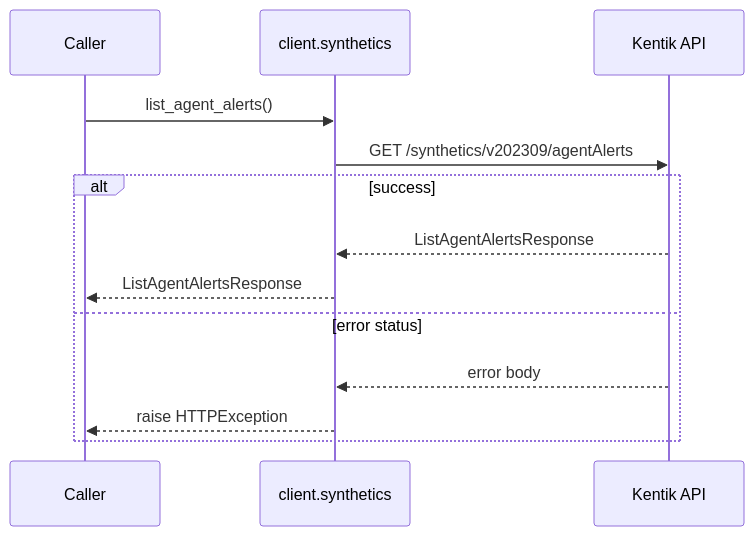
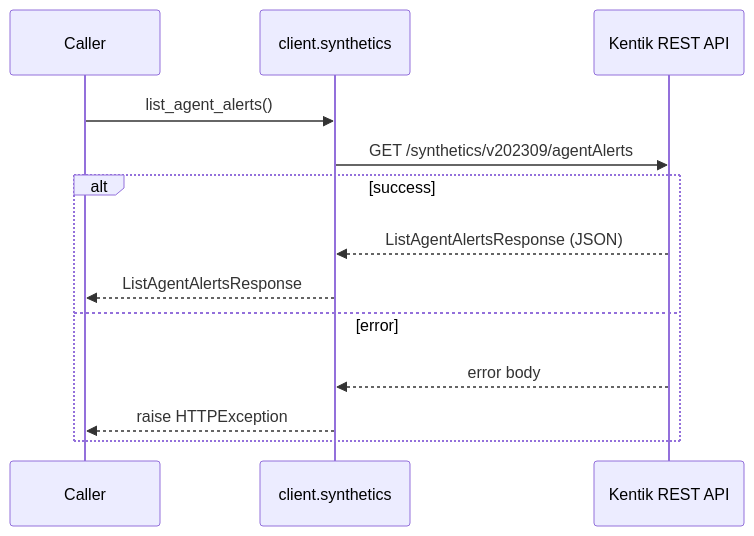
One commit to alexdearaujo/community_sdk_python changed the second of 38 diagrams in docs/sphinx/services/synthetics.md. Above: the diagram before and after it, drawn with Mermaid. The commit also changed other lines of this file and 61 other files, not shown here.

````diff
--- a/docs/sphinx/services/synthetics.md
+++ b/docs/sphinx/services/synthetics.md
@@ -35,16 +37,16 @@
 ```mermaid
 sequenceDiagram
     participant C as Caller
     participant W as client.synthetics
-    participant API as Kentik API
+    participant API as Kentik REST API
 
     C->>W: list_agent_alerts()
     W->>API: GET /synthetics/v202309/agentAlerts
     alt success
-        API-->>W: ListAgentAlertsResponse
+        API-->>W: ListAgentAlertsResponse (JSON)
         W-->>C: ListAgentAlertsResponse
-    else error status
+    else error
         API-->>W: error body
         W-->>C: raise HTTPException
     end
 ```
````
